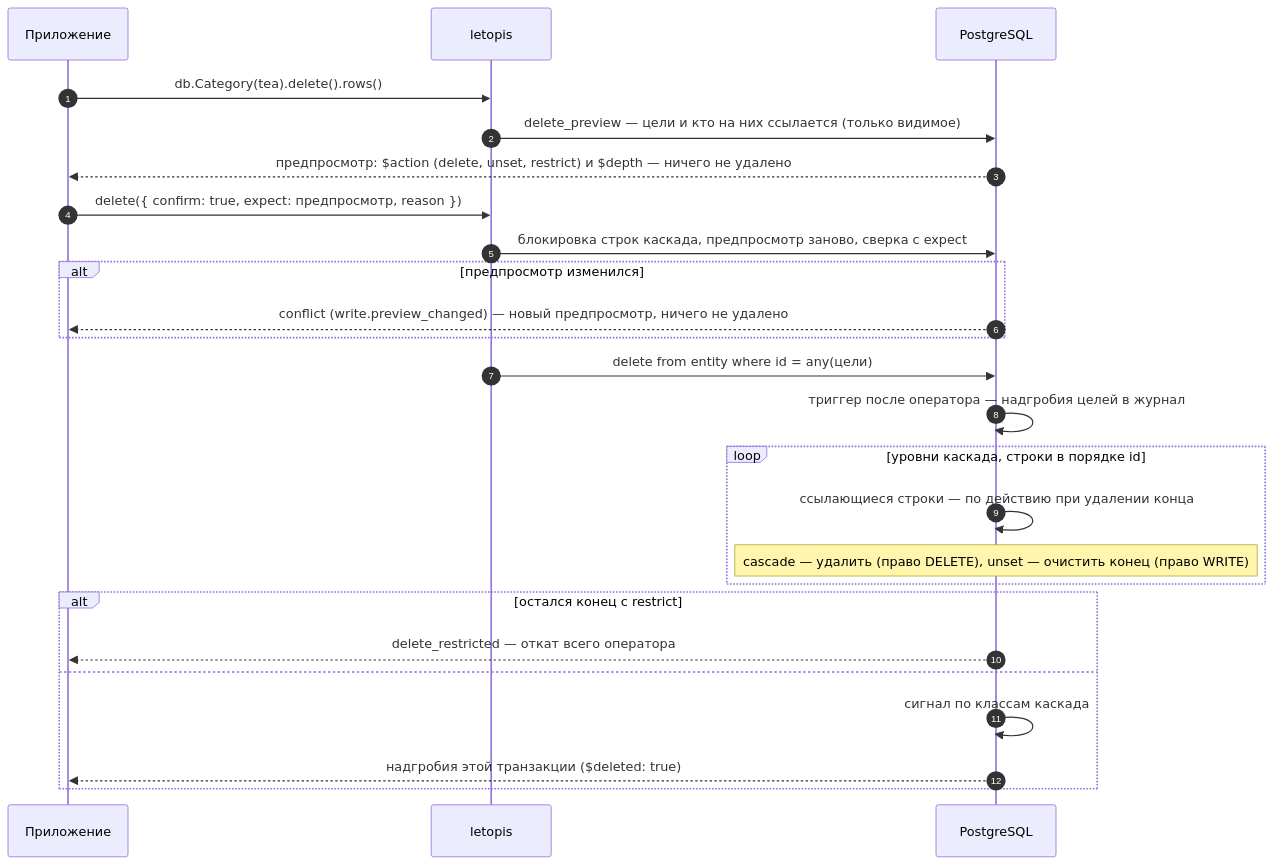
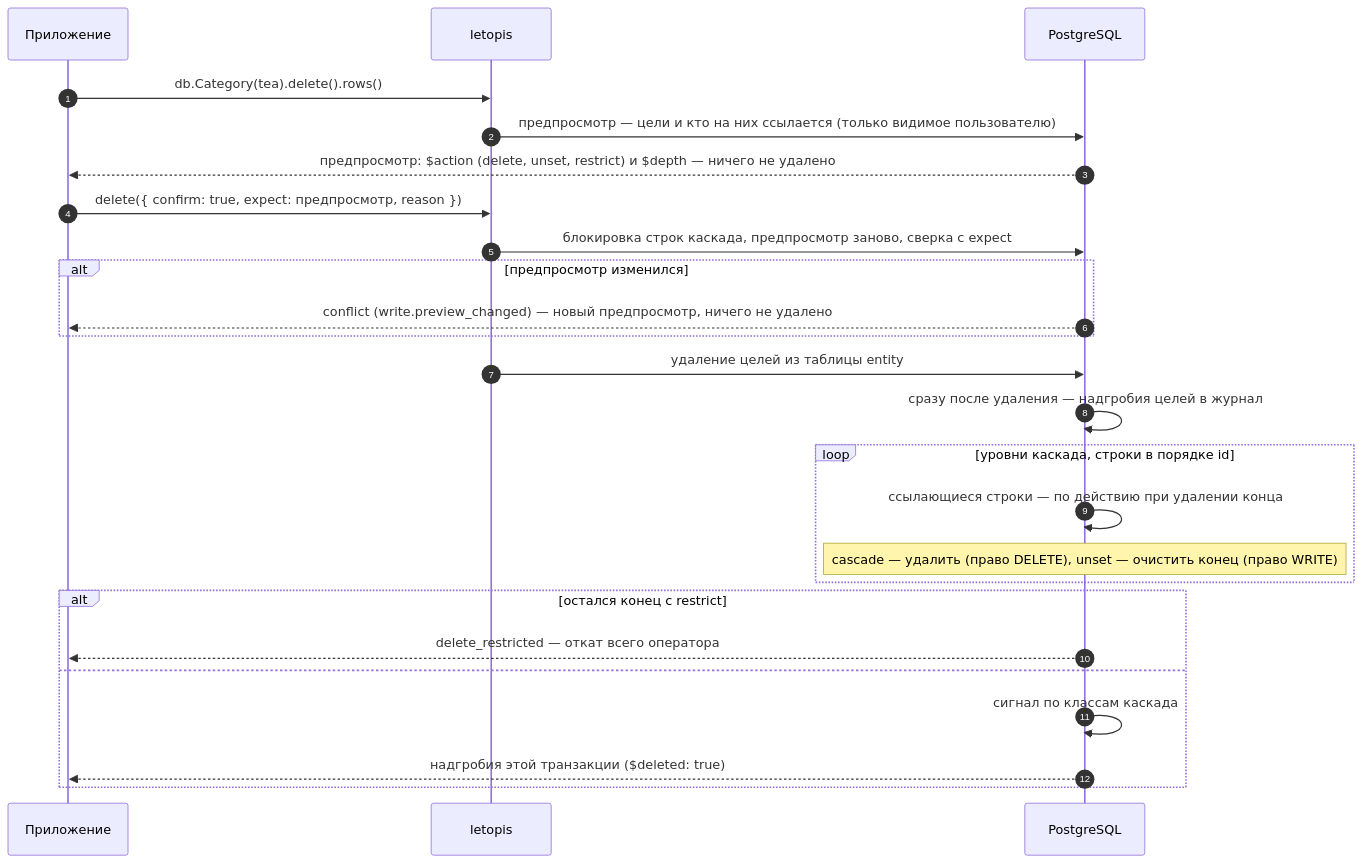
The diagram in guide/pages/delete/index.md (alepri51/letopis), drawn with Mermaid before and after one commit. The commit also changed other lines of this file and 49 other files, not shown here.

````diff
--- a/guide/pages/delete/index.md
+++ b/guide/pages/delete/index.md
@@ -90,27 +107,27 @@
 ```mermaid
 sequenceDiagram
   autonumber
   participant App as Приложение
   participant Lib as letopis
   participant DB as PostgreSQL
   App->>Lib: db.Category(tea).delete().rows()
-  Lib->>DB: delete_preview — цели и кто на них ссылается (только видимое)
+  Lib->>DB: предпросмотр — цели и кто на них ссылается (только видимое пользователю)
   DB-->>App: предпросмотр: $action (delete, unset, restrict) и $depth — ничего не удалено
   App->>Lib: delete({ confirm: true, expect: предпросмотр, reason })
   Lib->>DB: блокировка строк каскада, предпросмотр заново, сверка с expect
   alt предпросмотр изменился
     DB-->>App: conflict (write.preview_changed) — новый предпросмотр, ничего не удалено
   end
-  Lib->>DB: delete from entity where id = any(цели)
-  DB->>DB: триггер после оператора — надгробия целей в журнал
+  Lib->>DB: удаление целей из таблицы entity
+  DB->>DB: сразу после удаления — надгробия целей в журнал
   loop уровни каскада, строки в порядке id
     DB->>DB: ссылающиеся строки — по действию при удалении конца
     Note over DB: cascade — удалить (право DELETE), unset — очистить конец (право WRITE)
   end
   alt остался конец с restrict
     DB-->>App: delete_restricted — откат всего оператора
   else
     DB->>DB: сигнал по классам каскада
     DB-->>App: надгробия этой транзакции ($deleted: true)
   end
 ```
````
